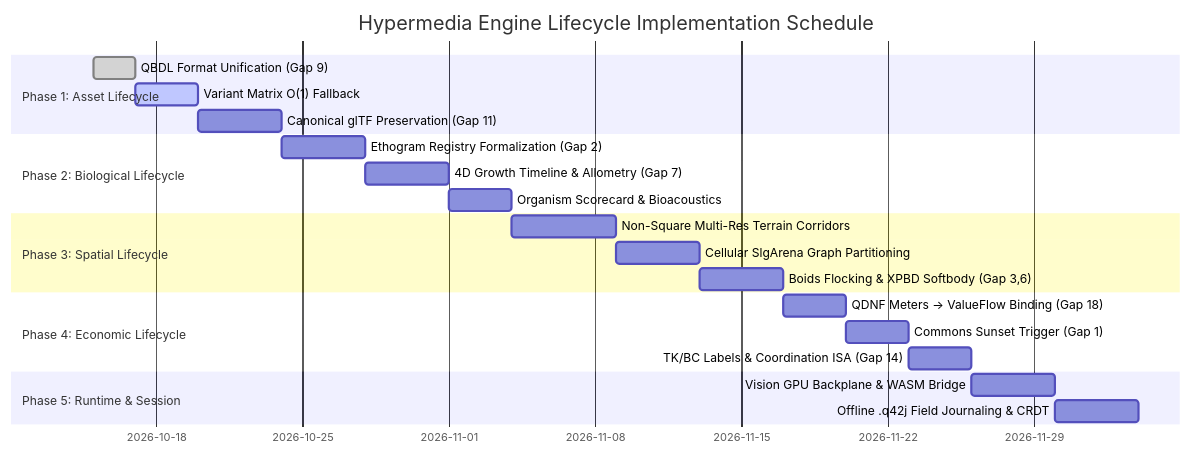
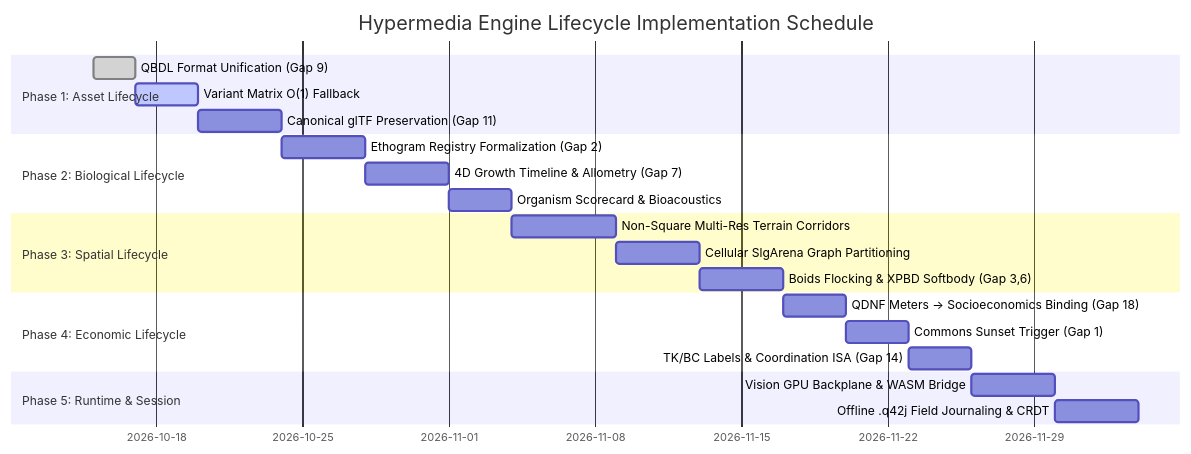
The second of 2 diagrams in docs/plans/hypermedia-lifecycle-implementation-plan.md (mediaprophet/ecopunk), drawn with Mermaid before and after one commit. The commit also changed other lines of this file and 50 other files, not shown here.

````diff
--- a/docs/plans/hypermedia-lifecycle-implementation-plan.md
+++ b/docs/plans/hypermedia-lifecycle-implementation-plan.md
@@ -257,24 +257,24 @@
 ```mermaid
 gantt
     title Hypermedia Engine Lifecycle Implementation Schedule
     dateFormat  YYYY-MM-DD
     section Phase 1: Asset Lifecycle
     QBDL Format Unification (Gap 9)          :done,    p1a, 2026-10-15, 2d
     Variant Matrix O(1) Fallback             :active,  p1b, after p1a, 3d
     Canonical glTF Preservation (Gap 11)     :         p1c, after p1b, 4d
     section Phase 2: Biological Lifecycle
     Ethogram Registry Formalization (Gap 2)  :         p2a, after p1c, 4d
     4D Growth Timeline & Allometry (Gap 7)   :         p2b, after p2a, 4d
     Organism Scorecard & Bioacoustics        :         p2c, after p2b, 3d
     section Phase 3: Spatial Lifecycle
     Non-Square Multi-Res Terrain Corridors   :         p3a, after p2c, 5d
     Cellular SlgArena Graph Partitioning     :         p3b, after p3a, 4d
     Boids Flocking & XPBD Softbody (Gap 3,6) :         p3c, after p3b, 4d
     section Phase 4: Economic Lifecycle
-    QDNF Meters -> ValueFlow Binding (Gap 18):         p4a, after p3c, 3d
+    QDNF Meters -> Socioeconomics Binding (Gap 18):         p4a, after p3c, 3d
     Commons Sunset Trigger (Gap 1)           :         p4b, after p4a, 3d
     TK/BC Labels & Coordination ISA (Gap 14) :         p4c, after p4b, 3d
     section Phase 5: Runtime & Session
     Vision GPU Backplane & WASM Bridge       :         p5a, after p4c, 4d
     Offline .q42j Field Journaling & CRDT    :         p5b, after p5a, 4d
 ```
````
